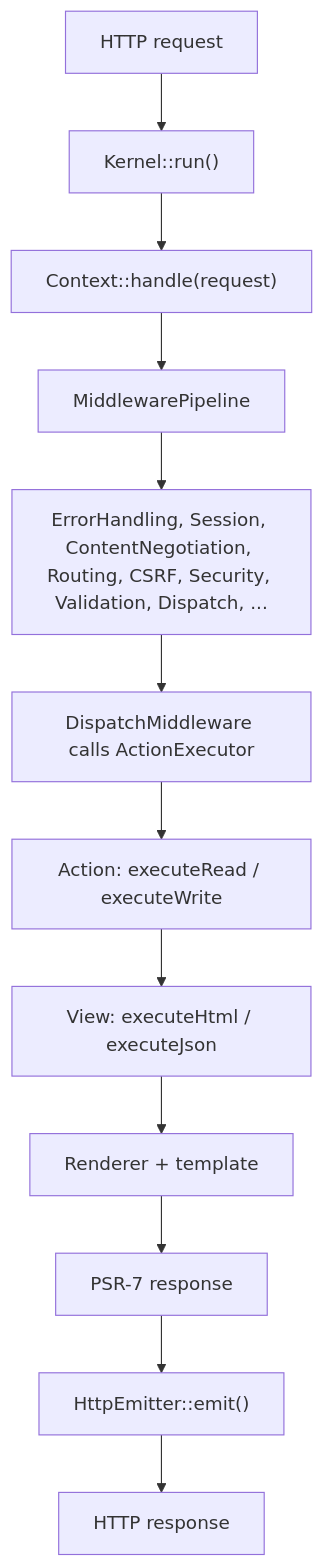
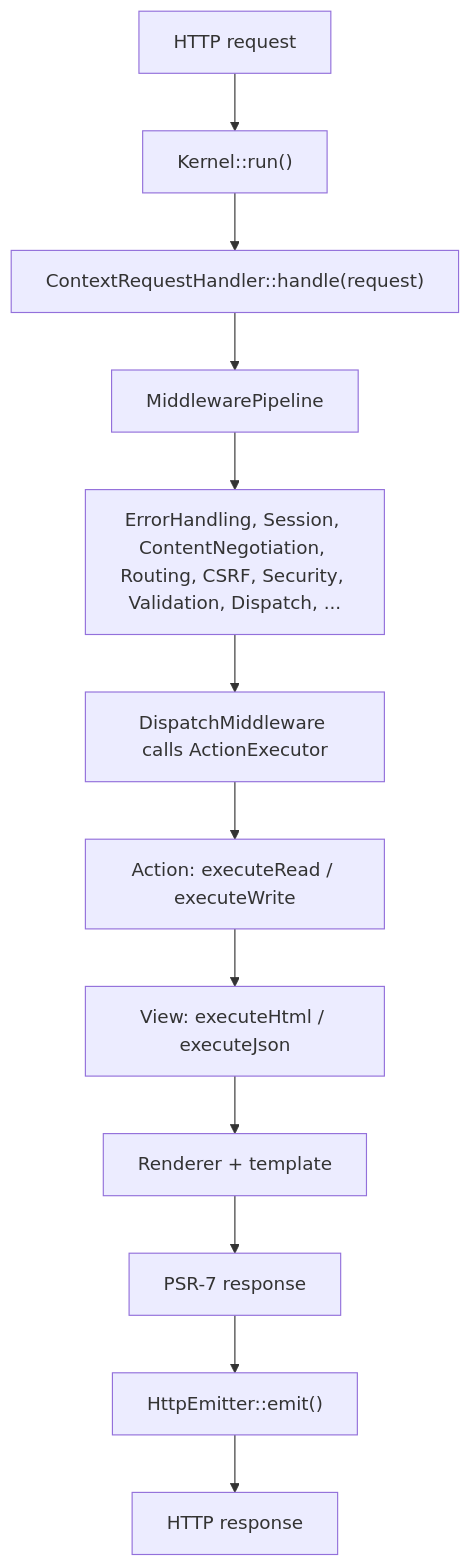
One commit to quioteframework/quiote-mcp-assistant changed the diagram in app/Mcp/Resources/docs/architecture/request-lifecycle.md. Above: the diagram before and after it, drawn with Mermaid. The commit also changed other lines of this file and 919 other files, not shown here.

````diff
--- a/app/Mcp/Resources/docs/architecture/request-lifecycle.md
+++ b/app/Mcp/Resources/docs/architecture/request-lifecycle.md
@@ -11,14 +11,14 @@
 ```mermaid
 flowchart TD
     A[HTTP request] --> B["Kernel::run()"]
-    B --> C["Context::handle(request)"]
+    B --> C["ContextRequestHandler::handle(request)"]
     C --> D[MiddlewarePipeline]
     D --> E[ErrorHandling, Session, ContentNegotiation, Routing, CSRF, Security, Validation, Dispatch, ...]
     E --> F["DispatchMiddleware calls ActionExecutor"]
     F --> G["Action: executeRead / executeWrite"]
     G --> H["View: executeHtml / executeJson"]
     H --> I[Renderer + template]
     I --> J[PSR-7 response]
     J --> K["HttpEmitter::emit()"]
     K --> L[HTTP response]
 ```
````
